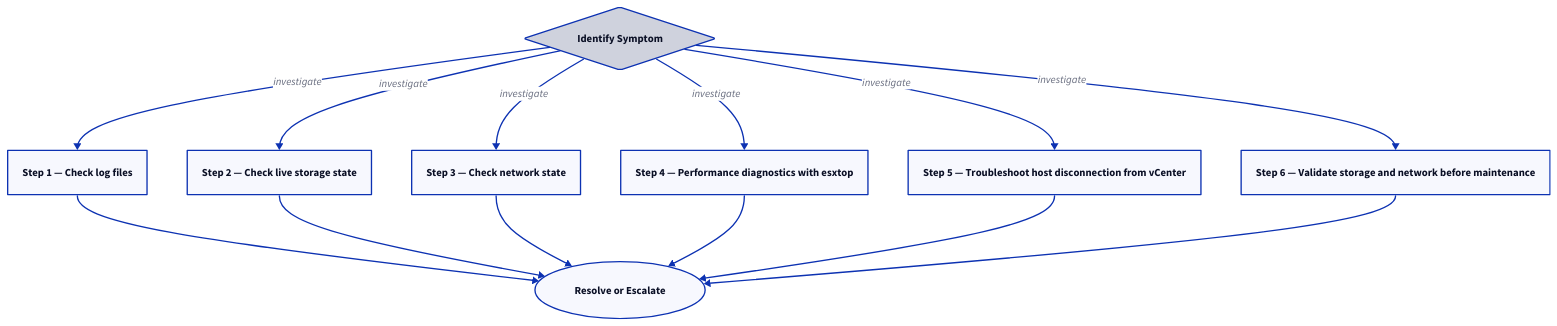
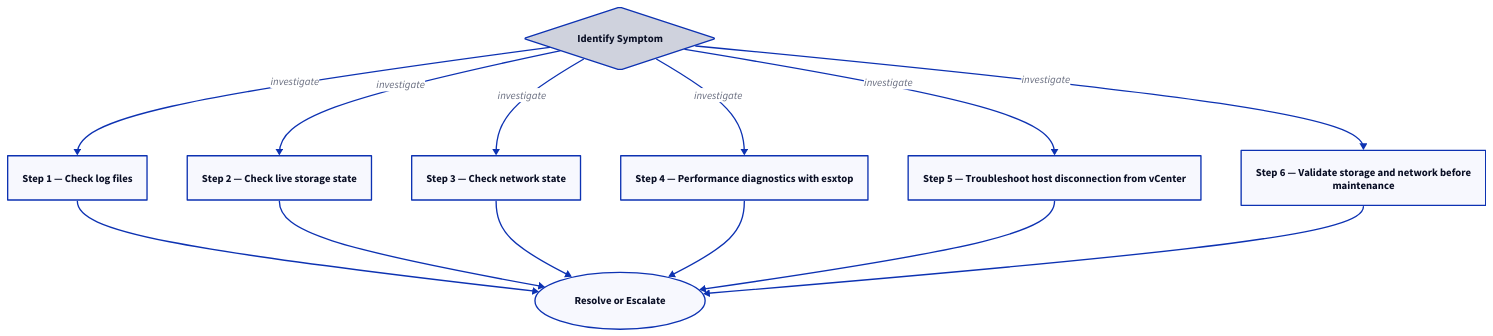
The second of 2 diagrams in docs/virtualization/vmware/esxi/troubleshooting/diagnostics.md (canast01/chris-kb), drawn with D2 before and after one commit. The commit also changed 192 other files, not shown here.

````diff
--- a/docs/virtualization/vmware/esxi/troubleshooting/diagnostics.md
+++ b/docs/virtualization/vmware/esxi/troubleshooting/diagnostics.md
@@ -68,25 +68,25 @@
 ```d2
 direction: down
 
 symptom: Identify Symptom {shape: diamond}
 step_1_check_log_files: "Step 1 — Check log files" {shape: rectangle}
 step_2_check_live_storage_state: "Step 2 — Check live storage state" {shape: rectangle}
 step_3_check_network_state: "Step 3 — Check network state" {shape: rectangle}
 step_4_performance_diagnostics_with_: "Step 4 — Performance diagnostics with esxtop" {shape: rectangle}
 step_5_troubleshoot_host_disconnecti: "Step 5 — Troubleshoot host disconnection from vCenter" {shape: rectangle}
-step_6_validate_storage_and_network_: "Step 6 — Validate storage and network before maintenance" {shape: rectangle}
+step_6_validate_storage_and_network_: "Step 6 — Validate storage and network before\nmaintenance" {shape: rectangle}
 resolution: Resolve or Escalate {shape: oval}
 
 symptom -> step_1_check_log_files: investigate
 symptom -> step_2_check_live_storage_state: investigate
 symptom -> step_3_check_network_state: investigate
 symptom -> step_4_performance_diagnostics_with_: investigate
 symptom -> step_5_troubleshoot_host_disconnecti: investigate
 symptom -> step_6_validate_storage_and_network_: investigate
 step_1_check_log_files -> resolution
 step_2_check_live_storage_state -> resolution
 step_3_check_network_state -> resolution
 step_4_performance_diagnostics_with_ -> resolution
 step_5_troubleshoot_host_disconnecti -> resolution
 step_6_validate_storage_and_network_ -> resolution
 ```
````
